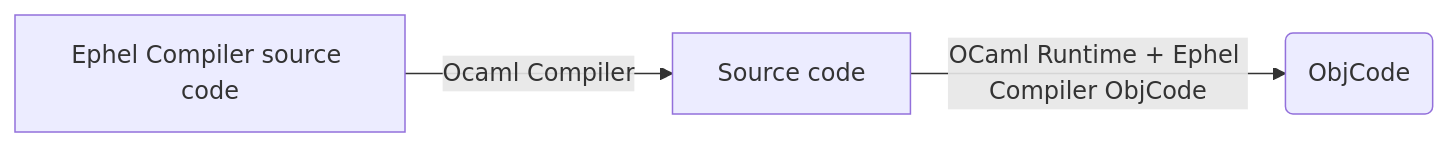
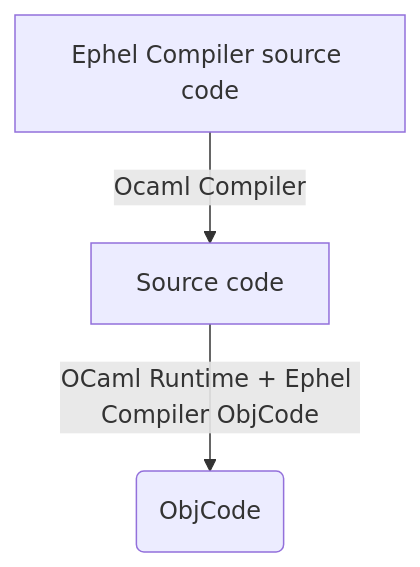
One commit to ephel-lang/ephel changed the second of 2 diagrams in ROADMAP.md. Above: the diagram before and after it, drawn with Mermaid. The commit also changed other lines of this file, not shown here.

Commit message:
Documentation

````diff
--- a/ROADMAP.md
+++ b/ROADMAP.md
@@ -19,5 +19,5 @@
 ```mermaid
-flowchart LR
+flowchart TD
     A[Ephel Compiler source code] -->|Ocaml Compiler| B(Ephel Compiler ObjCode)
     B[Source code] -->|OCaml Runtime + Ephel Compiler ObjCode| C(ObjCode)
 ```
````
